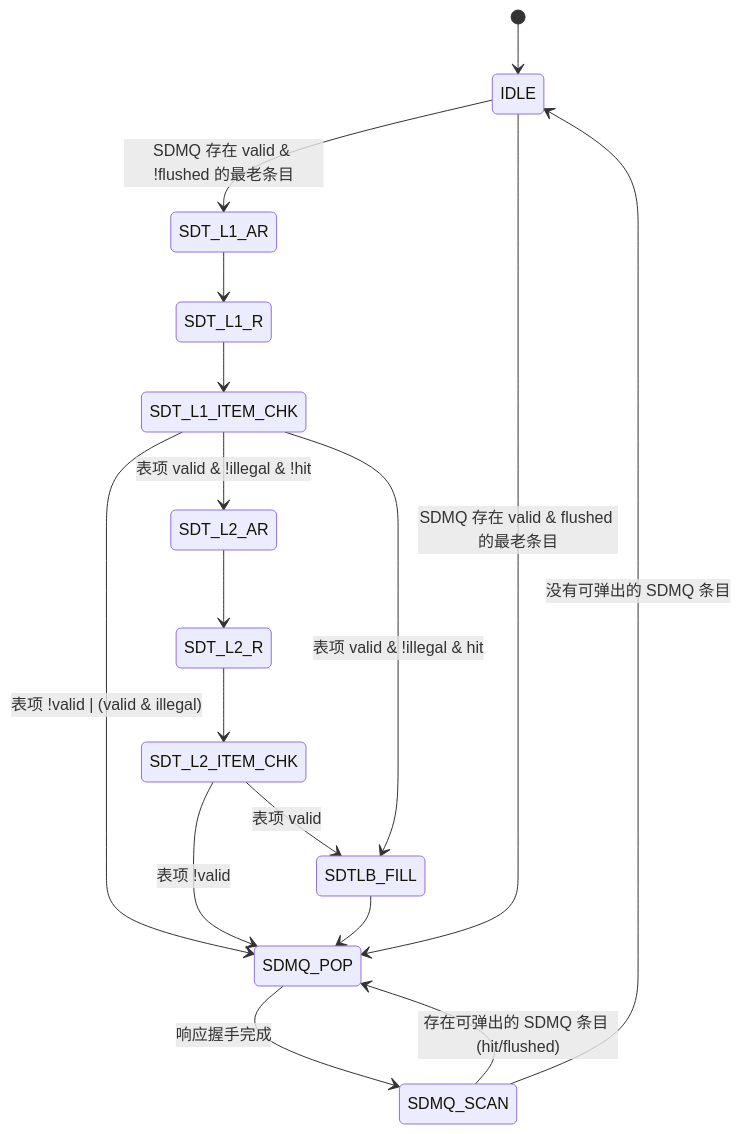
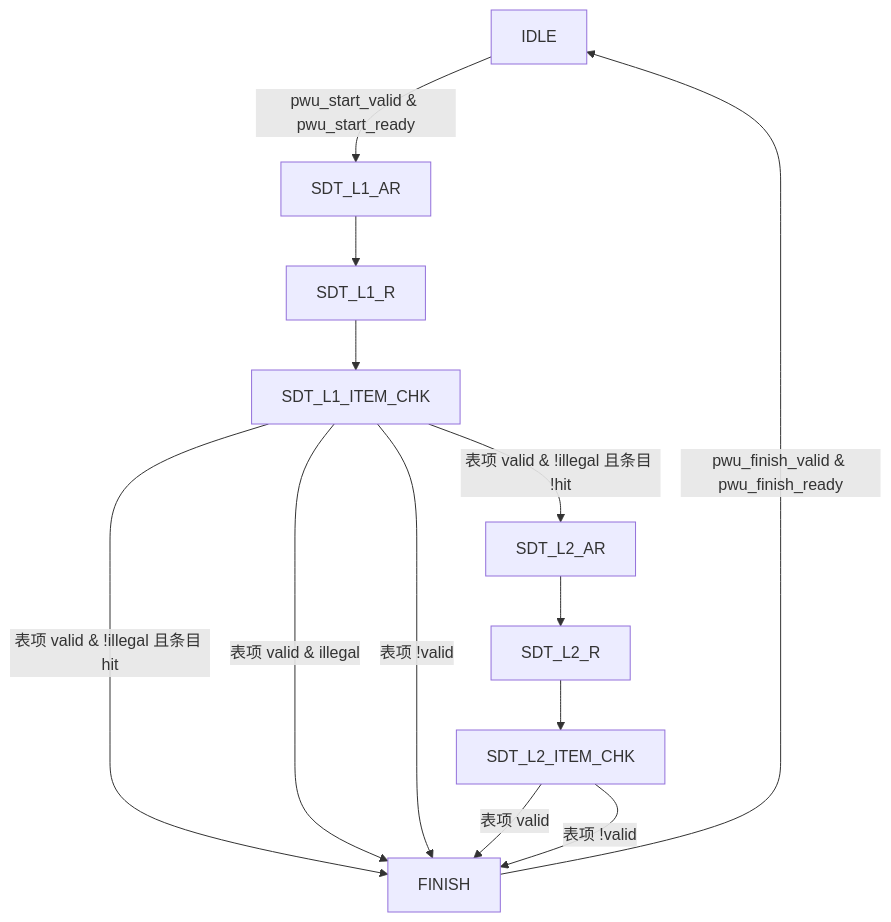
One commit to DuBirdFly/C1_SDecoder changed the fourth of 6 diagrams in doc/design_plan/SDecoder 设计方案 v1.0.md. Above: the diagram before and after it, drawn with Mermaid. The commit also changed other lines of this file, not shown here.

Commit message:
docs(design): 拆分 SDPWU 状态机为顶层与 SDPWU_SUB 子状态机 - 顶层状态机串行完成从 SDMQ 取条目与向 SLMD_CALC_PWU 发响应, SDPWU_SUB 不直接竞争这两组接口 - SDPWU_SUB 以 pwu_start_valid/ready 与 pwu_finish_valid/ready 握手开始与结束, 结束附带 sideband 数据 - 删除 SDMQ_POP/SDMQ_SCAN/SDTLB_FILL 状态, 改为 FINISH 状态, 简化状态图与状态说明 - 补充分级表项与二级表项的状态转移表

````diff
--- a/doc/design_plan/SDecoder 设计方案 v1.0.md
+++ b/doc/design_plan/SDecoder 设计方案 v1.0.md
@@ -298,19 +328,16 @@
 ```mermaid
-stateDiagram-v2
-    [*] --> IDLE
-    IDLE --> SDT_L1_AR: SDMQ 存在 valid & !flushed 的最老条目
-    IDLE --> SDMQ_POP: SDMQ 存在 valid & flushed 的最老条目
+flowchart TD
+    IDLE
+    IDLE -->|"pwu_start_valid & pwu_start_ready"| SDT_L1_AR
     SDT_L1_AR --> SDT_L1_R
     SDT_L1_R --> SDT_L1_ITEM_CHK
-    SDT_L1_ITEM_CHK --> SDMQ_POP: 表项 !valid | (valid & illegal)
-    SDT_L1_ITEM_CHK --> SDT_L2_AR: 表项 valid & !illegal & !hit
-    SDT_L1_ITEM_CHK --> SDTLB_FILL: 表项 valid & !illegal & hit
+    SDT_L1_ITEM_CHK -->|"表项 valid & !illegal 且条目 !hit"| SDT_L2_AR
+    SDT_L1_ITEM_CHK -->|"表项 valid & !illegal 且条目 hit"| FINISH
+    SDT_L1_ITEM_CHK -->|"表项 valid & illegal"| FINISH
+    SDT_L1_ITEM_CHK -->|"表项 !valid"| FINISH
     SDT_L2_AR --> SDT_L2_R
     SDT_L2_R --> SDT_L2_ITEM_CHK
-    SDT_L2_ITEM_CHK --> SDMQ_POP: 表项 !valid
-    SDT_L2_ITEM_CHK --> SDTLB_FILL: 表项 valid
-    SDTLB_FILL --> SDMQ_POP
-    SDMQ_SCAN --> SDMQ_POP: 存在可弹出的 SDMQ 条目 (hit/flushed)
-    SDMQ_SCAN --> IDLE: 没有可弹出的 SDMQ 条目
-    SDMQ_POP --> SDMQ_SCAN: 响应握手完成
+    SDT_L2_ITEM_CHK -->|"表项 valid"| FINISH
+    SDT_L2_ITEM_CHK -->|"表项 !valid"| FINISH
+    FINISH -->|"pwu_finish_valid & pwu_finish_ready"| IDLE
 ```
````
